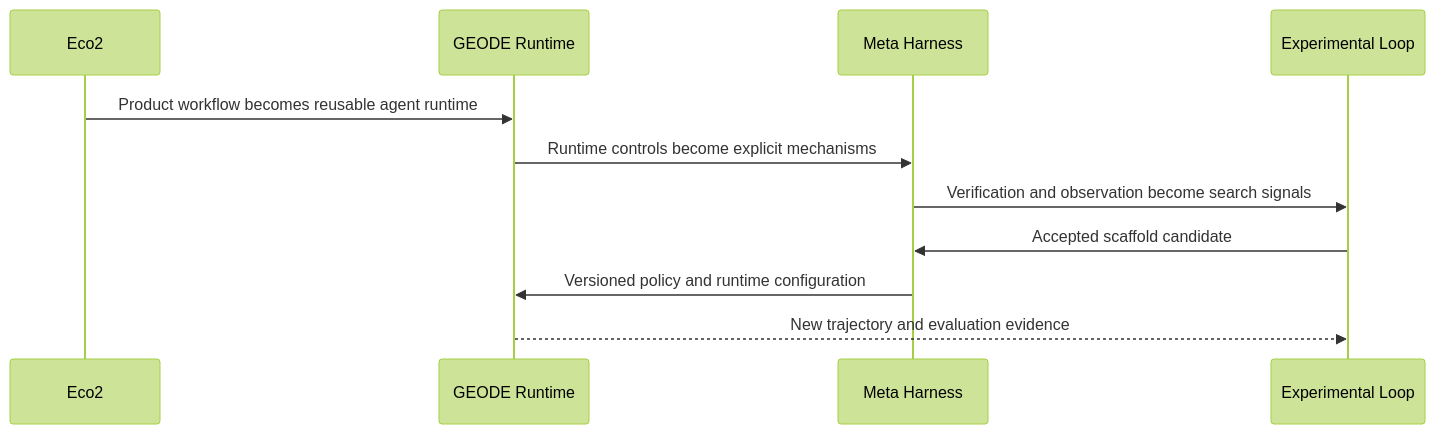
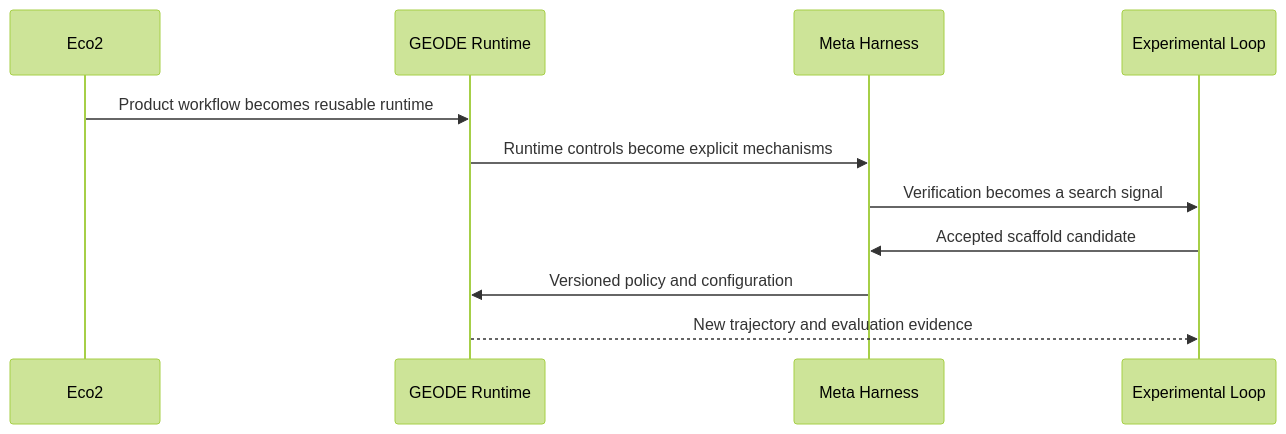
The first of 5 diagrams in README_EN.md (mangowhoiscloud/mangowhoiscloud), drawn with Mermaid (forest theme) before and after one commit. The commit also changed other lines of this file, not shown here.

Commit message:
docs(profile): compact English architecture narrative

````diff
--- a/README_EN.md
+++ b/README_EN.md
@@ -37,14 +33,13 @@
 ```mermaid
 sequenceDiagram
     participant E as Eco2
     participant G as GEODE Runtime
     participant M as Meta Harness
     participant X as Experimental Loop
-
-    E->>G: Product workflow becomes reusable agent runtime
+    E->>G: Product workflow becomes reusable runtime
     G->>M: Runtime controls become explicit mechanisms
-    M->>X: Verification and observation become search signals
+    M->>X: Verification becomes a search signal
     X->>M: Accepted scaffold candidate
-    M->>G: Versioned policy and runtime configuration
+    M->>G: Versioned policy and configuration
     G-->>X: New trajectory and evaluation evidence
 ```
````
